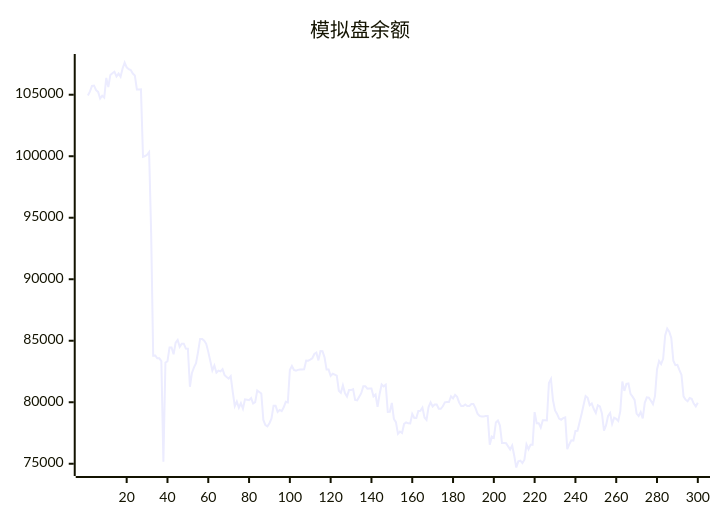
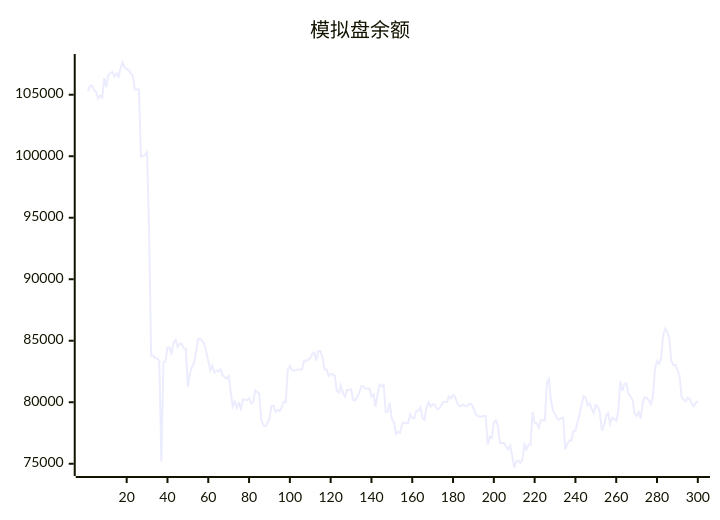
Before and after one commit to aahl/ai-trading: the diagram in README.md, drawn with Mermaid. The commit also changed other lines of this file and 1 other file, not shown here.

````diff
--- a/README.md
+++ b/README.md
@@ -5,5 +5,5 @@
 ```mermaid
 xychart
     title "模拟盘余额"
-    line [104941,105272,105709,105739,105374,105227,104691,104924,104762,106364,105628,106608,106748,106872,106485,106721,106468,107132,107620,107224,107080,107001,106717,106567,105431,105431,105440,99950,100017,100113,100337,93749,83795,83807,83567,83567,83342,75168,83222,83336,84448,84449,83896,84839,85065,84499,84757,84757,84364,84347,81254,82385,82835,83184,84099,85150,85150,85002,84751,84096,83356,82582,82983,82404,82572,82512,82688,82200,82047,81920,82125,80840,79688,80060,79552,79920,79470,80236,80208,80170,80336,79894,80006,80954,80837,80712,78561,78139,78037,78293,78682,79720,79720,79214,79372,79279,79591,80046,79993,82625,82950,82626,82571,82633,82670,82670,82681,83386,83378,83464,83579,83920,84037,83402,84160,84142,83652,82655,82655,82145,82315,82243,82163,80934,80770,81371,80742,80468,80989,80989,81067,80191,80155,80450,80737,81309,81309,81106,81119,81119,80471,80631,79624,80670,81448,81290,81429,79212,79222,79940,78643,78380,77432,77623,77504,78235,78358,78284,78277,79048,78714,78714,79290,79308,79567,78763,78563,79603,79988,79652,79813,79813,79476,79469,79673,79995,80015,80015,80486,80314,80600,80436,79966,79689,79689,79819,79692,79692,79850,79850,79518,79071,78889,78850,78850,78878,78878,76554,77202,77103,78357,78510,78106,76678,76677,76672,76411,76159,76485,75656,74695,75197,75246,75052,75334,76564,76179,76553,76551,79196,78300,78300,77944,78531,78531,78521,81564,81884,80160,79335,79055,78675,78580,78708,78764,76179,76586,76902,76876,77658,77669,78346,79023,79769,80497,80366,79761,79896,79448,79126,79749,79658,79097,77695,78114,78888,79126,78249,78738,78653,78478,79271,81680,80923,81488,81527,80681,80455,80190,79084,78879,79193,78686,79954,80403,80374,80118,79848,80491,82665,83351,83098,83525,85430,85983,85737,85221,83378,83014,83043,82613,82216,80477,80208,80081,80348,80277,79894,79670,79965]
+    line [105272,105709,105739,105374,105227,104691,104924,104762,106364,105628,106608,106748,106872,106485,106721,106468,107132,107620,107224,107080,107001,106717,106567,105431,105431,105440,99950,100017,100113,100337,93749,83795,83807,83567,83567,83342,75168,83222,83336,84448,84449,83896,84839,85065,84499,84757,84757,84364,84347,81254,82385,82835,83184,84099,85150,85150,85002,84751,84096,83356,82582,82983,82404,82572,82512,82688,82200,82047,81920,82125,80840,79688,80060,79552,79920,79470,80236,80208,80170,80336,79894,80006,80954,80837,80712,78561,78139,78037,78293,78682,79720,79720,79214,79372,79279,79591,80046,79993,82625,82950,82626,82571,82633,82670,82670,82681,83386,83378,83464,83579,83920,84037,83402,84160,84142,83652,82655,82655,82145,82315,82243,82163,80934,80770,81371,80742,80468,80989,80989,81067,80191,80155,80450,80737,81309,81309,81106,81119,81119,80471,80631,79624,80670,81448,81290,81429,79212,79222,79940,78643,78380,77432,77623,77504,78235,78358,78284,78277,79048,78714,78714,79290,79308,79567,78763,78563,79603,79988,79652,79813,79813,79476,79469,79673,79995,80015,80015,80486,80314,80600,80436,79966,79689,79689,79819,79692,79692,79850,79850,79518,79071,78889,78850,78850,78878,78878,76554,77202,77103,78357,78510,78106,76678,76677,76672,76411,76159,76485,75656,74695,75197,75246,75052,75334,76564,76179,76553,76551,79196,78300,78300,77944,78531,78531,78521,81564,81884,80160,79335,79055,78675,78580,78708,78764,76179,76586,76902,76876,77658,77669,78346,79023,79769,80497,80366,79761,79896,79448,79126,79749,79658,79097,77695,78114,78888,79126,78249,78738,78653,78478,79271,81680,80923,81488,81527,80681,80455,80190,79084,78879,79193,78686,79954,80403,80374,80118,79848,80491,82665,83351,83098,83525,85430,85983,85737,85221,83378,83014,83043,82613,82216,80477,80208,80081,80348,80277,79894,79670,79965,80093]
 ```
````
